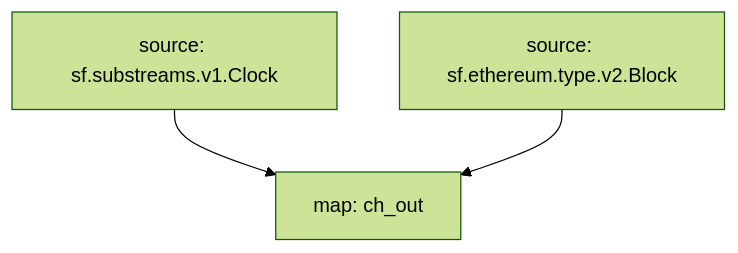
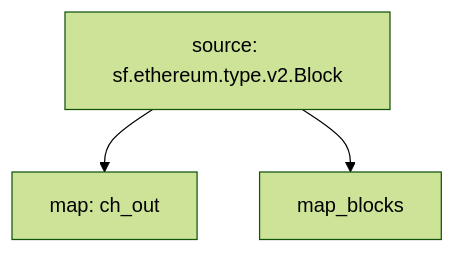
One commit to pinax-network/substreams-raw-blocks changed the diagram in README.md. Above: the diagram before and after it, drawn with Mermaid (forest theme). The commit also changed 8 other files, not shown here.

````diff
--- a/README.md
+++ b/README.md
@@ -32,6 +32,6 @@
 ```mermaid
 graph TD;
   ch_out[map: ch_out];
-  sf.substreams.v1.Clock[source: sf.substreams.v1.Clock] --> ch_out;
   sf.ethereum.type.v2.Block[source: sf.ethereum.type.v2.Block] --> ch_out;
+  sf.ethereum.type.v2.Block[source: sf.ethereum.type.v2.Block] --> map_blocks;
 ```
````
